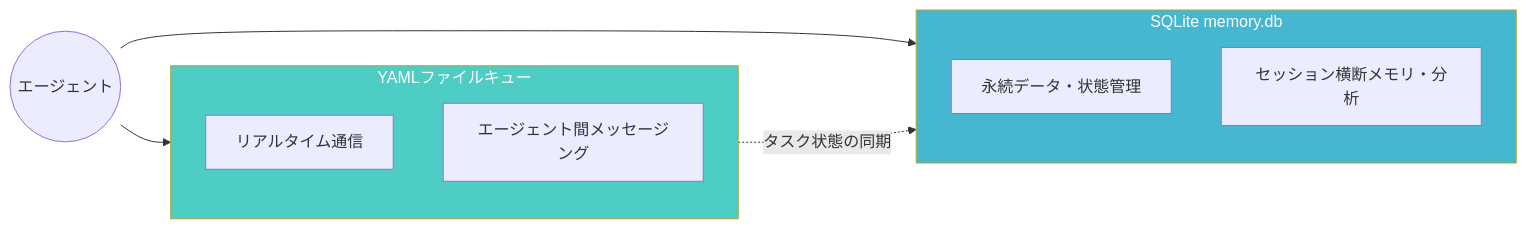
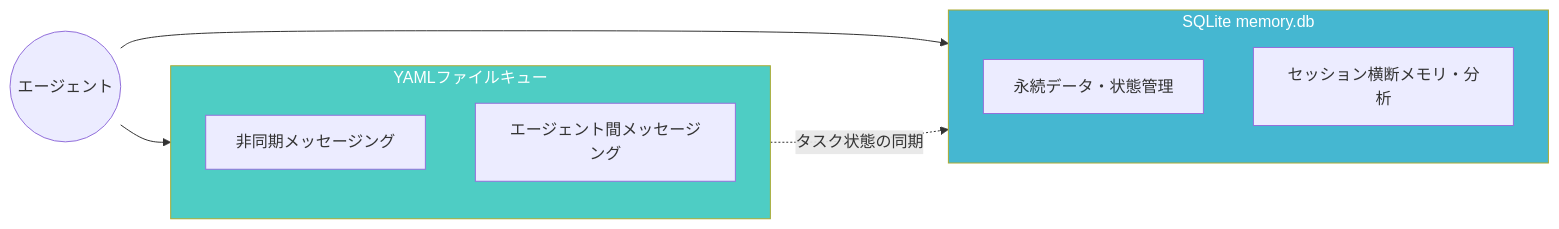
One commit to MShintani10/real-estate-os changed the third of 5 diagrams in docs/architecture.md. Above: the diagram before and after it, drawn with Mermaid. The commit also changed other lines of this file and 2 other files, not shown here.

````diff
--- a/docs/architecture.md
+++ b/docs/architecture.md
@@ -312,20 +312,20 @@
 ```mermaid
 graph LR
     subgraph YAML["YAMLファイルキュー"]
         direction TB
-        Y1["リアルタイム通信"]
+        Y1["非同期メッセージング"]
         Y2["エージェント間メッセージング"]
     end
     subgraph SQLite["SQLite memory.db"]
         direction TB
         S1["永続データ・状態管理"]
         S2["セッション横断メモリ・分析"]
     end
 
     Agent((エージェント)) --> YAML
     Agent --> SQLite
     YAML -. "タスク状態の同期" .-> SQLite
 
     style YAML fill:#4ecdc4,color:#fff
     style SQLite fill:#45b7d1,color:#fff
 ```
````
